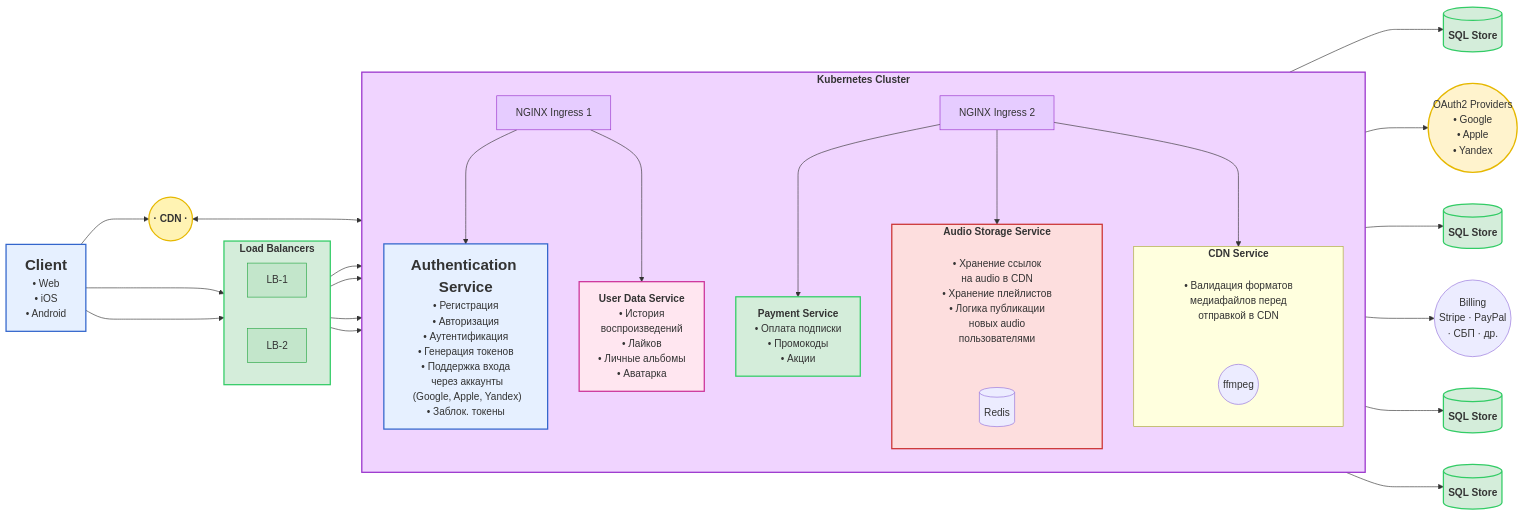
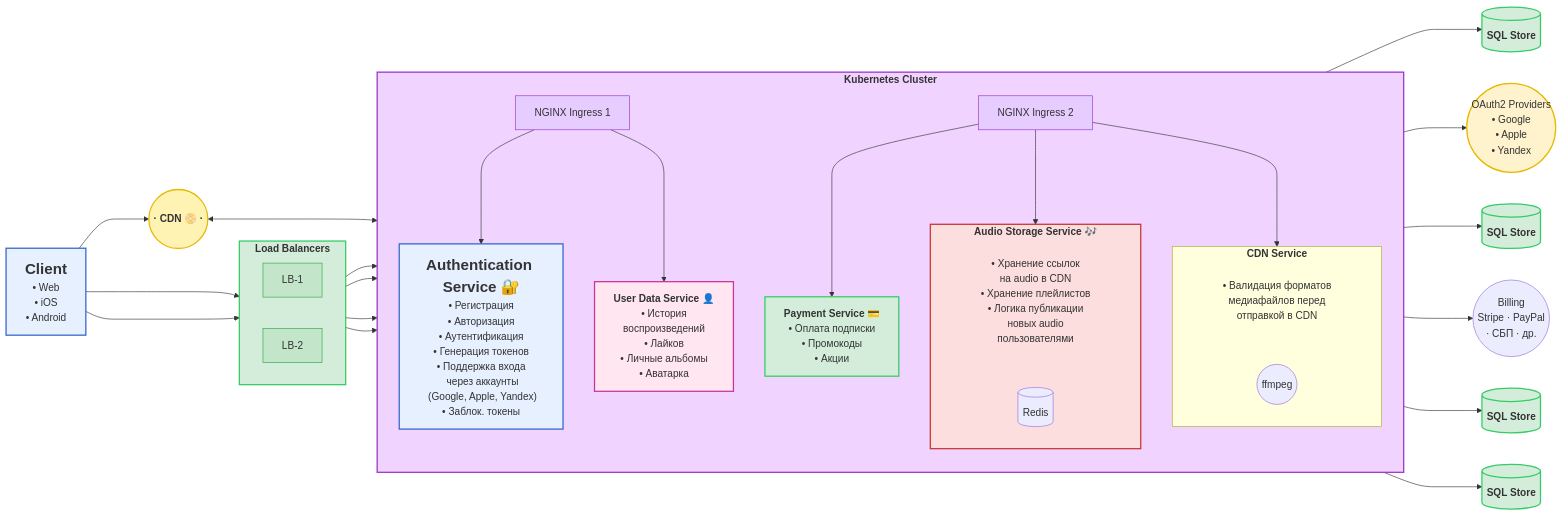
One commit to KmnPetr/SysDesign changed the first of 3 diagrams in architecture.md. Above: the diagram before and after it, drawn with Mermaid.

```diff
--- a/architecture.md
+++ b/architecture.md
@@ -10,23 +10,23 @@
         LB2[LB-2]
     end
 
-    CDN(("<b> ·   CDN   · </b>"))
+    CDN(("<b> ·   CDN 📀   · </b>"))
 
     subgraph K8S["<b>Kubernetes Cluster</b>"]
         direction TB
         INGRESS1[NGINX Ingress 1]
         INGRESS2[NGINX Ingress 2]
 
-        AUTH["<b><font size='5'>Authentication Service</font></b><br/>• Регистрация<br/>• Авторизация<br/>• Аутентификация<br/>• Генерация токенов<br/>• Поддержка входа<br/> через аккаунты<br/> (Google, Apple, Yandex)<br/>• Заблок. токены"]
-        PAYMENT["<b>Payment Service</b><br/>• Оплата подписки<br/>• Промокоды<br/>• Акции"]
+        AUTH["<b><font size='5'>Authentication Service 🔐</font></b><br/>• Регистрация<br/>• Авторизация<br/>• Аутентификация<br/>• Генерация токенов<br/>• Поддержка входа<br/> через аккаунты<br/> (Google, Apple, Yandex)<br/>• Заблок. токены"]
+        PAYMENT["<b>Payment Service 💳</b><br/>• Оплата подписки<br/>• Промокоды<br/>• Акции"]
 
-        subgraph MUSIC_STORAGE["<b>Audio Storage Service</b>"]
+        subgraph MUSIC_STORAGE["<b>Audio Storage Service 🎶</b>"]
             direction LR
             NOTE2["• Хранение ссылок<br/> на audio в CDN<br/>• Хранение плейлистов<br/>• Логика публикации<br/> новых audio<br/> пользователями"]
             REDIS[("Redis")]
         end
 
-        USER_DATA["<b>User Data Service</b><br/>• История<br/> воспроизведений<br/>• Лайков<br/>• Личные альбомы<br/>• Аватарка"]
+        USER_DATA["<b>User Data Service 👤</b><br/>• История<br/> воспроизведений<br/>• Лайков<br/>• Личные альбомы<br/>• Аватарка"]
 
         subgraph CDN_SR["<b>CDN Service</b>"]
             direction LR
@@ -73,7 +73,6 @@
 
     %% Стили
     style CLIENT fill:#e6f0ff,stroke:#3366cc,stroke-width:2px
-
     style LB fill:#d4edda,stroke:#33cc66,stroke-width:2px
     style LB1 fill:#c3e6cb,stroke:#28a745,stroke-width:1px
     style LB2 fill:#c3e6cb,stroke:#28a745,stroke-width:1px
```
